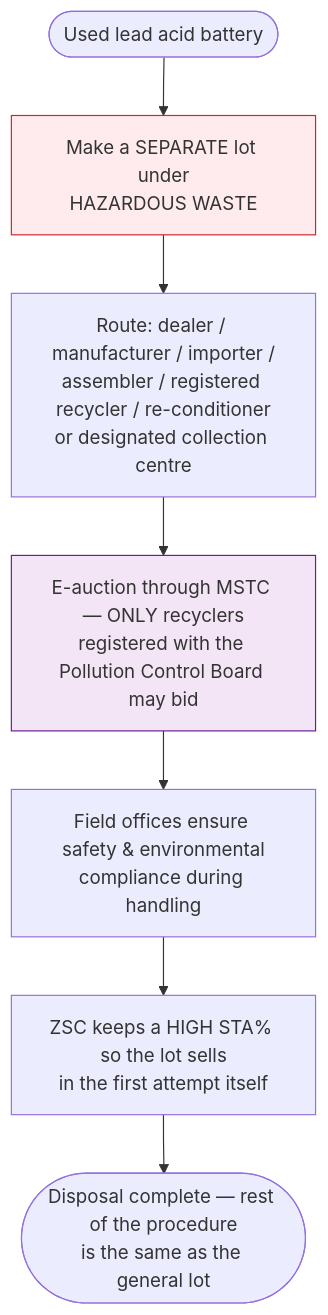
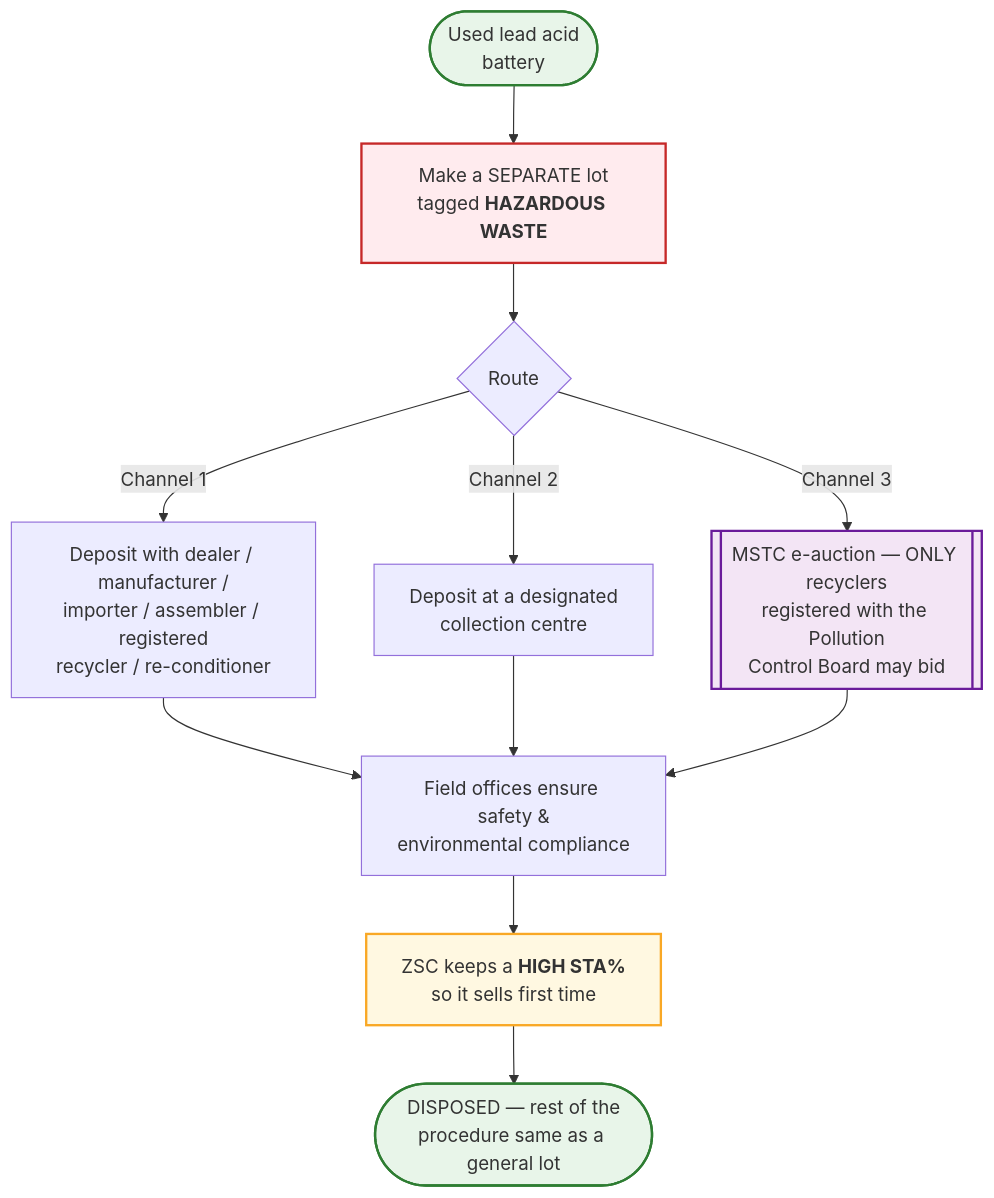
Before and after one commit to piyush4315/08.09.2026: the eighth of 10 diagrams in docs/flowchart.md, drawn with Mermaid. The commit also changed other lines of this file and 2 other files, not shown here.

Commit message:
Redraw policy flow charts as diagrammatic flowcharts with standard symbols

````diff
--- a/docs/flowchart.md
+++ b/docs/flowchart.md
@@ -248,12 +372,19 @@
 ```mermaid
 flowchart TD
-    B1(["Used lead acid battery"]) --> B2["Make a SEPARATE lot under<br/>HAZARDOUS WASTE"]
-    B2 --> B3["Route: dealer / manufacturer / importer /<br/>assembler / registered recycler / re-conditioner<br/>or designated collection centre"]
-    B3 --> B4["E-auction through MSTC — ONLY recyclers<br/>registered with the Pollution Control Board may bid"]
-    B4 --> B5["Field offices ensure safety &amp; environmental<br/>compliance during handling"]
-    B5 --> B6["ZSC keeps a HIGH STA% so the lot sells<br/>in the first attempt itself"]
-    B6 --> B7(["Disposal complete — rest of the procedure<br/>is the same as the general lot"])
+    START(["Used lead acid<br/>battery"]) --> B1["Make a SEPARATE lot<br/>tagged <b>HAZARDOUS WASTE</b>"]
+    B1 --> B2{"Route"}
+    B2 -->|"Channel 1"| B3["Deposit with dealer / manufacturer /<br/>importer / assembler / registered<br/>recycler / re-conditioner"]
+    B2 -->|"Channel 2"| B4["Deposit at a designated<br/>collection centre"]
+    B2 -->|"Channel 3"| B5[["MSTC e-auction — ONLY recyclers<br/>registered with the Pollution<br/>Control Board may bid"]]
+    B3 --> B6["Field offices ensure safety &amp;<br/>environmental compliance"]
+    B4 --> B6
+    B5 --> B6
+    B6 --> B7["ZSC keeps a <b>HIGH STA%</b><br/>so it sells first time"]
+    B7 --> DONE(["DISPOSED — rest of the<br/>procedure same as a general lot"])
 
-    style B2 fill:#ffebee,stroke:#c62828
-    style B4 fill:#f3e5f5,stroke:#6a1b9a
+    style START fill:#e8f5e9,stroke:#2e7d32,stroke-width:2px
+    style DONE fill:#e8f5e9,stroke:#2e7d32,stroke-width:2px
+    style B1 fill:#ffebee,stroke:#c62828,stroke-width:2px
+    style B5 fill:#f3e5f5,stroke:#6a1b9a,stroke-width:2px
+    style B7 fill:#fff8e1,stroke:#f9a825,stroke-width:2px
 ```
````
